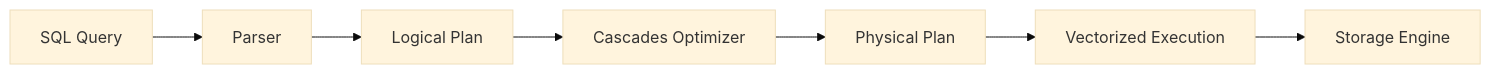
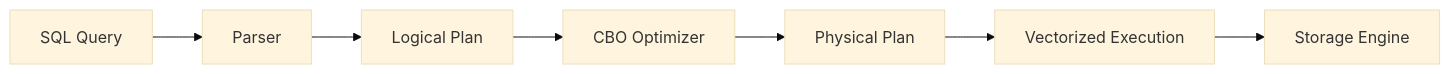
The first of 2 diagrams in README.md (yinglichina8848/sqlrustgo), drawn with Mermaid (base theme) before and after one commit. The commit also changed other lines of this file and 7 other files, not shown here.

````diff
--- a/README.md
+++ b/README.md
@@ -36,18 +58,18 @@
 ```mermaid
 flowchart LR
 
     SQL[SQL Query]
     Parser[Parser]
     LogicalPlan[Logical Plan]
-    Optimizer[Cascades Optimizer]
+    Optimizer[CBO Optimizer]
     PhysicalPlan[Physical Plan]
     Executor[Vectorized Execution]
     Storage[Storage Engine]
 
     SQL --> Parser
     Parser --> LogicalPlan
     LogicalPlan --> Optimizer
     Optimizer --> PhysicalPlan
     PhysicalPlan --> Executor
     Executor --> Storage
 ```
````
